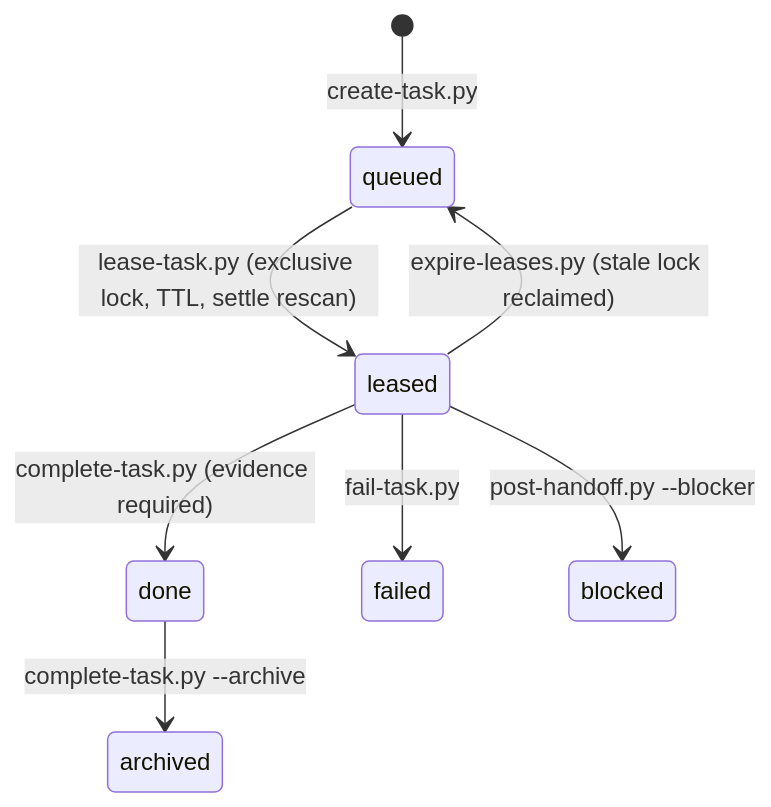
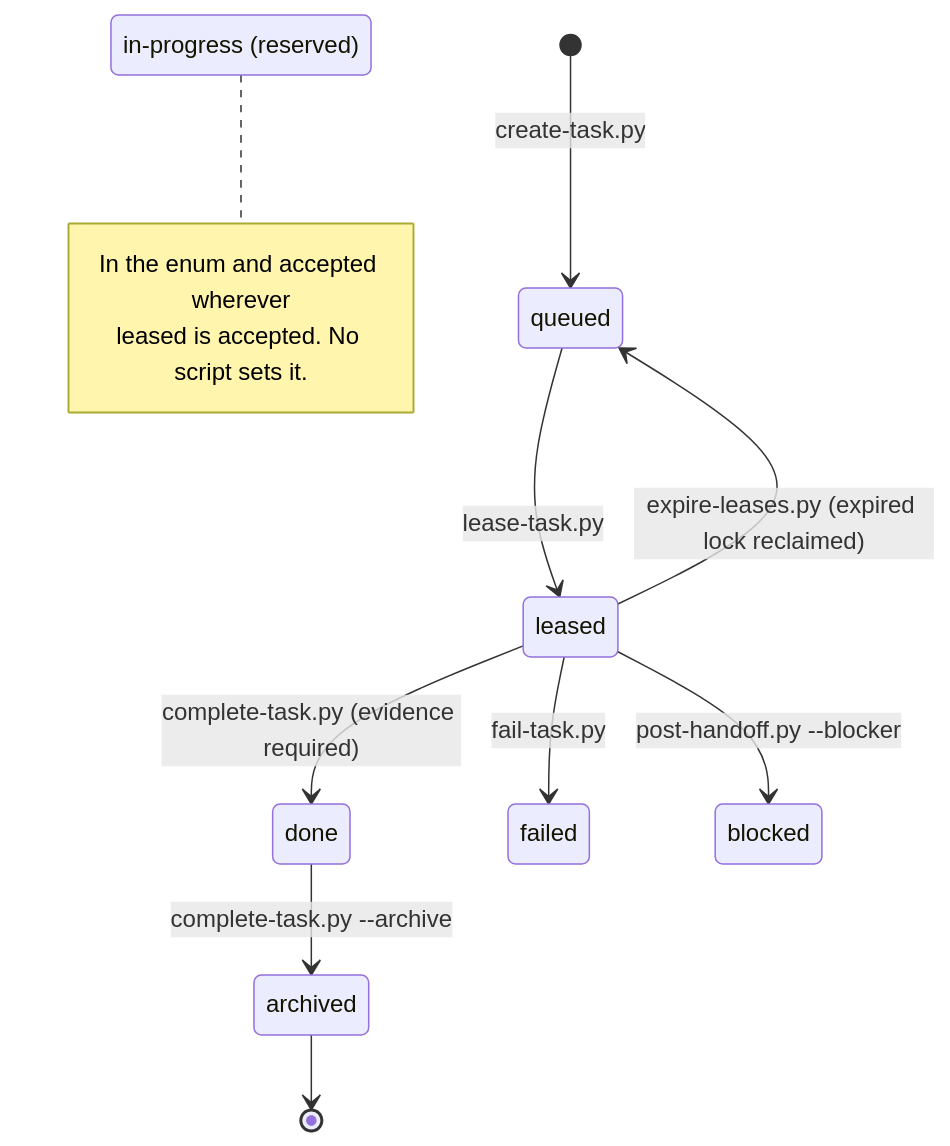
Before and after one commit to ZeOoba/AAOS: the first of 2 diagrams in README.md, drawn with Mermaid. The commit also changed other lines of this file and 1 other file, not shown here.

````diff
--- a/README.md
+++ b/README.md
@@ -99,10 +52,16 @@
 ```mermaid
 stateDiagram-v2
+    state "in-progress (reserved)" as inprogress
     [*] --> queued: create-task.py
-    queued --> leased: lease-task.py (exclusive lock, TTL, settle rescan)
+    queued --> leased: lease-task.py
     leased --> done: complete-task.py (evidence required)
     leased --> failed: fail-task.py
     leased --> blocked: post-handoff.py --blocker
-    leased --> queued: expire-leases.py (stale lock reclaimed)
+    leased --> queued: expire-leases.py (expired lock reclaimed)
     done --> archived: complete-task.py --archive
+    archived --> [*]
+    note right of inprogress
+        In the enum and accepted wherever
+        leased is accepted. No script sets it.
+    end note
 ```
````
